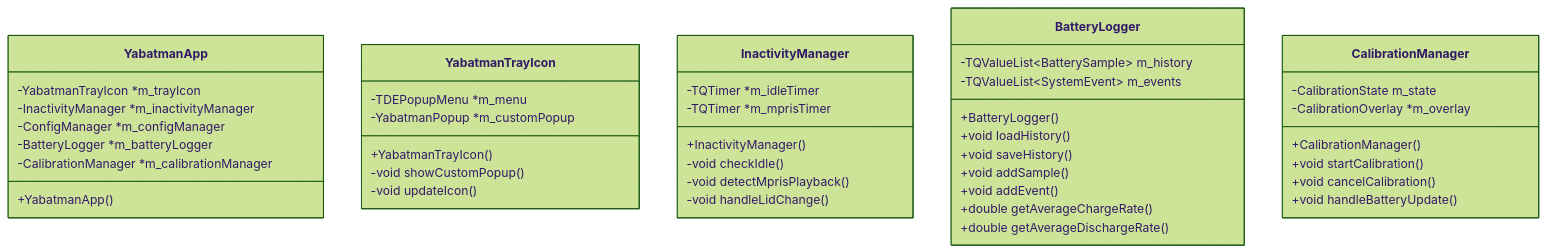
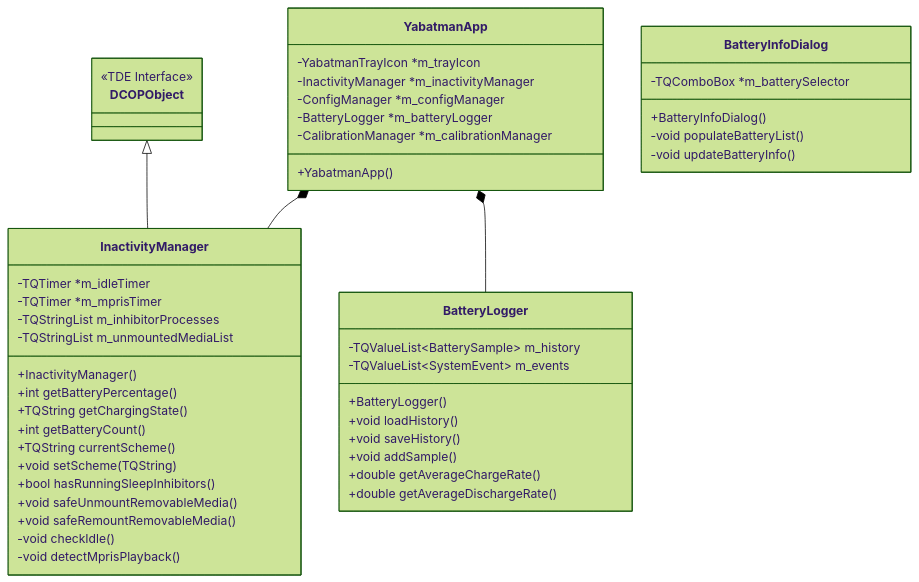
Before and after one commit to seb3773/YaBatman: the second of 2 diagrams in README.md, drawn with Mermaid (forest theme). The commit also changed other lines of this file and 79 other files, not shown here.

Commit message:
Release v1.2-2: Theme modes (Follow TDE, Light, Dark), Win11 and Alt battery icon styles, missing battery handling, and UI fixes

````diff
--- a/README.md
+++ b/README.md
@@ -82,45 +143,51 @@
 ```mermaid
 classDiagram
+    class DCOPObject {
+        <<TDE Interface>>
+    }
+    class InactivityManager {
+        +InactivityManager()
+        -TQTimer *m_idleTimer
+        -TQTimer *m_mprisTimer
+        -TQStringList m_inhibitorProcesses
+        -TQStringList m_unmountedMediaList
+        +int getBatteryPercentage()
+        +TQString getChargingState()
+        +int getBatteryCount()
+        +TQString currentScheme()
+        +void setScheme(TQString)
+        +bool hasRunningSleepInhibitors()
+        +void safeUnmountRemovableMedia()
+        +void safeRemountRemovableMedia()
+        -void checkIdle()
+        -void detectMprisPlayback()
+    }
     class YabatmanApp {
         +YabatmanApp()
         -YabatmanTrayIcon *m_trayIcon
         -InactivityManager *m_inactivityManager
         -ConfigManager *m_configManager
         -BatteryLogger *m_batteryLogger
         -CalibrationManager *m_calibrationManager
     }
-    class YabatmanTrayIcon {
-        +YabatmanTrayIcon()
-        -TDEPopupMenu *m_menu
-        -YabatmanPopup *m_customPopup
-        -void showCustomPopup()
-        -void updateIcon()
-    }
-    class InactivityManager {
-        +InactivityManager()
-        -TQTimer *m_idleTimer
-        -TQTimer *m_mprisTimer
-        -void checkIdle()
-        -void detectMprisPlayback()
-        -void handleLidChange()
+    class BatteryInfoDialog {
+        +BatteryInfoDialog()
+        -TQComboBox *m_batterySelector
+        -void populateBatteryList()
+        -void updateBatteryInfo()
     }
     class BatteryLogger {
         +BatteryLogger()
         -TQValueList~BatterySample~ m_history
         -TQValueList~SystemEvent~ m_events
         +void loadHistory()
         +void saveHistory()
         +void addSample()
-        +void addEvent()
         +double getAverageChargeRate()
         +double getAverageDischargeRate()
     }
-    class CalibrationManager {
-        +CalibrationManager()
-        -CalibrationState m_state
-        -CalibrationOverlay *m_overlay
-        +void startCalibration()
-        +void cancelCalibration()
-        +void handleBatteryUpdate()
-    }
+
+    DCOPObject <|-- InactivityManager
+    YabatmanApp *-- InactivityManager
+    YabatmanApp *-- BatteryLogger
 ```
````
